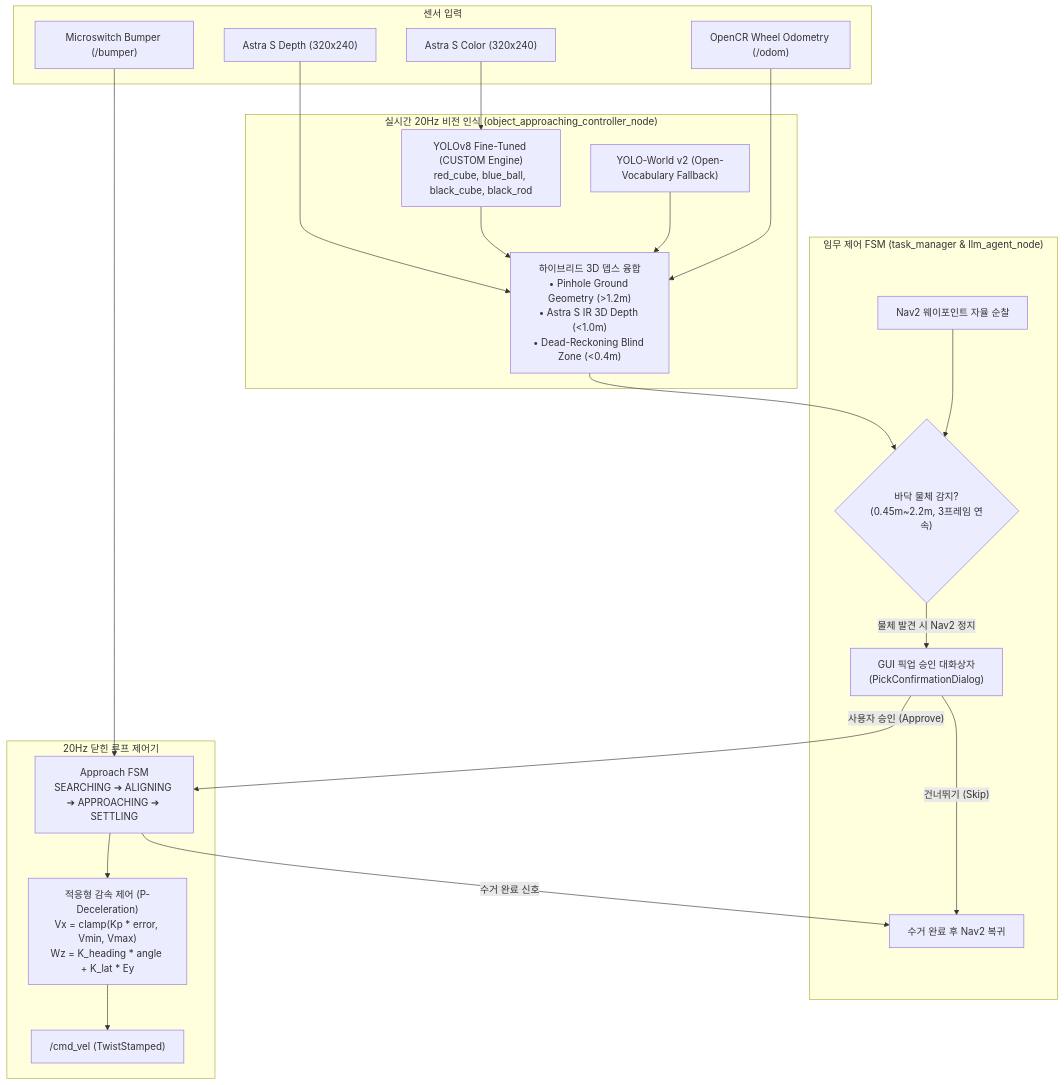
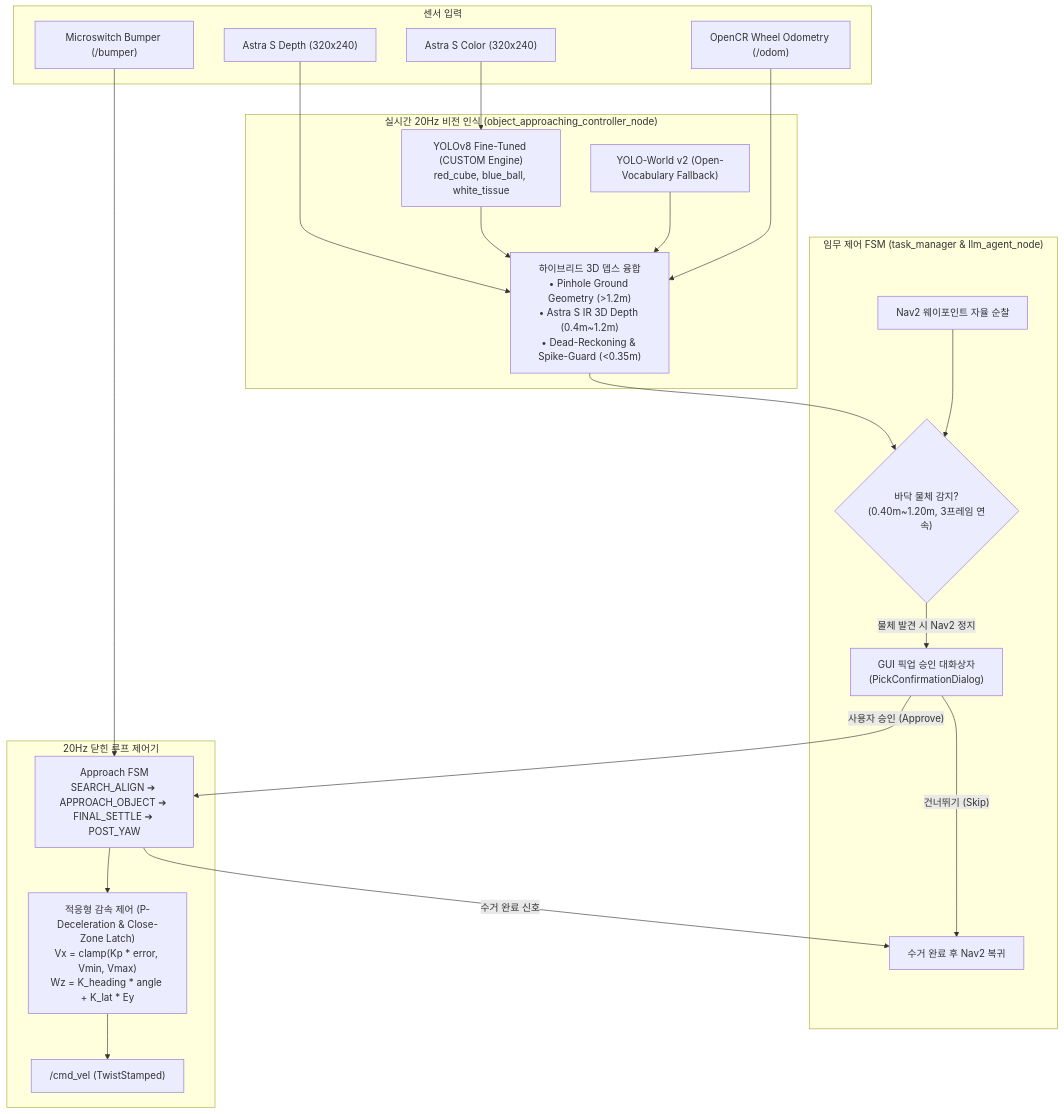
One commit to shouttt1320/Dapier_project_visaul_slam changed the first of 2 diagrams in docs/floor_object_approach_system.md. Above: the diagram before and after it, drawn with Mermaid. The commit also changed other lines of this file and 7 other files, not shown here.

````diff
--- a/docs/floor_object_approach_system.md
+++ b/docs/floor_object_approach_system.md
@@ -11,45 +11,45 @@
 ```mermaid
 flowchart TD
     subgraph SENSORS ["센서 입력"]
         RGB["Astra S Color (320x240)"]
         DEPTH["Astra S Depth (320x240)"]
         ODOM["OpenCR Wheel Odometry (/odom)"]
         BUMPER["Microswitch Bumper (/bumper)"]
     end
 
     subgraph PERCEPTION ["실시간 20Hz 비전 인식 (object_approaching_controller_node)"]
-        YOLO["YOLOv8 Fine-Tuned (CUSTOM Engine)<br/>red_cube, blue_ball, black_cube, black_rod"]
+        YOLO["YOLOv8 Fine-Tuned (CUSTOM Engine)<br/>red_cube, blue_ball, white_tissue"]
         YOLO_WORLD["YOLO-World v2 (Open-Vocabulary Fallback)"]
-        HYBRID_DEPTH["하이브리드 3D 뎁스 융합<br/>• Pinhole Ground Geometry (>1.2m)<br/>• Astra S IR 3D Depth (<1.0m)<br/>• Dead-Reckoning Blind Zone (<0.4m)"]
+        HYBRID_DEPTH["하이브리드 3D 뎁스 융합<br/>• Pinhole Ground Geometry (>1.2m)<br/>• Astra S IR 3D Depth (0.4m~1.2m)<br/>• Dead-Reckoning & Spike-Guard (<0.35m)"]
     end
 
     subgraph MISSION ["임무 제어 FSM (task_manager & llm_agent_node)"]
         PATROL["Nav2 웨이포인트 자율 순찰"]
-        INTERRUPT{"바닥 물체 감지?<br/>(0.45m~2.2m, 3프레임 연속)"}
+        INTERRUPT{"바닥 물체 감지?<br/>(0.40m~1.20m, 3프레임 연속)"}
         POPUP["GUI 픽업 승인 대화상자<br/>(PickConfirmationDialog)"]
         RESUME["수거 완료 후 Nav2 복귀"]
     end
 
     subgraph CONTROLLER ["20Hz 닫힌 루프 제어기"]
-        FSM["Approach FSM<br/>SEARCHING ➔ ALIGNING ➔ APPROACHING ➔ SETTLING"]
-        PID["적응형 감속 제어 (P-Deceleration)<br/>Vx = clamp(Kp * error, Vmin, Vmax)<br/>Wz = K_heading * angle + K_lat * Ey"]
+        FSM["Approach FSM<br/>SEARCH_ALIGN ➔ APPROACH_OBJECT ➔ FINAL_SETTLE ➔ POST_YAW"]
+        PID["적응형 감속 제어 (P-Deceleration & Close-Zone Latch)<br/>Vx = clamp(Kp * error, Vmin, Vmax)<br/>Wz = K_heading * angle + K_lat * Ey"]
         CMD_VEL["/cmd_vel (TwistStamped)"]
     end
 
     RGB --> YOLO
     DEPTH --> HYBRID_DEPTH
     YOLO --> HYBRID_DEPTH
     YOLO_WORLD --> HYBRID_DEPTH
 
     HYBRID_DEPTH --> INTERRUPT
     PATROL --> INTERRUPT
     INTERRUPT -- "물체 발견 시 Nav2 정지" --> POPUP
     POPUP -- "사용자 승인 (Approve)" --> FSM
     POPUP -- "건너뛰기 (Skip)" --> RESUME
 
     ODOM --> HYBRID_DEPTH
     BUMPER --> FSM
     FSM --> PID
     PID --> CMD_VEL
     FSM -- "수거 완료 신호" --> RESUME
 ```
````
